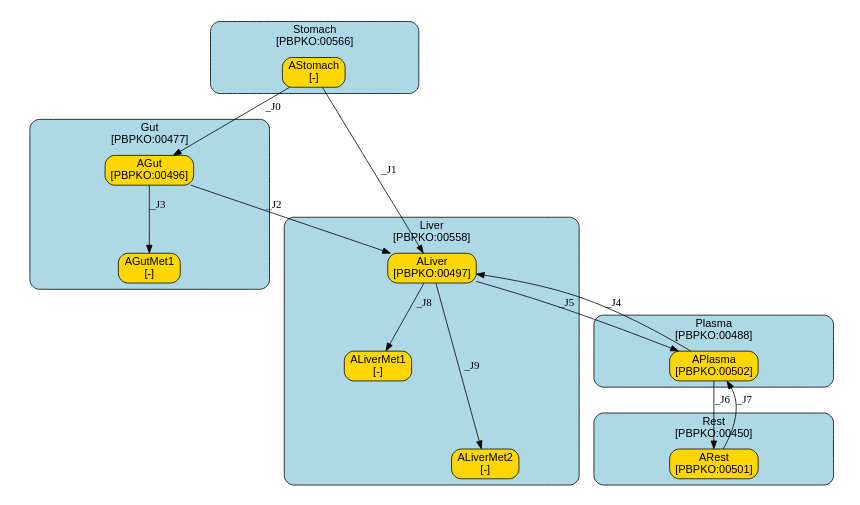
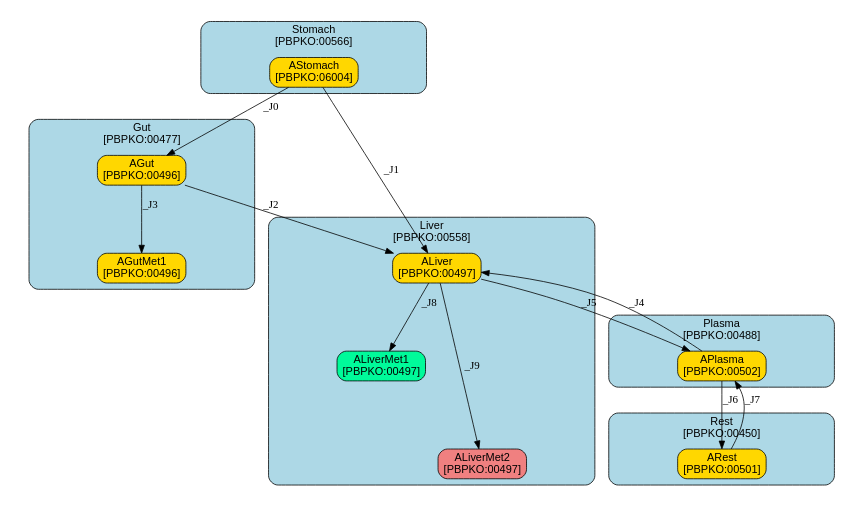
One commit to fair-pbk/exposure-route-pbk-models changed the diagram in models/oral/Bisphenols/Loizou/summary.dot. Above: the diagram before and after it, drawn with Graphviz. The commit also changed 151 other files, not shown here.

```diff
--- a/models/oral/Bisphenols/Loizou/summary.dot
+++ b/models/oral/Bisphenols/Loizou/summary.dot
@@ -1,130 +1,130 @@
 digraph {
 	graph [ratio=fill,
 		size="7,4"
 	];
 	node [fontname=Arial];
 	subgraph cluster_Stomach {
 		graph [color=black,
 			fillcolor=lightblue,
 			fontname=Arial,
 			href="#compartment-Stomach",
 			label="Stomach
 [PBPKO:00566]",
 			shape=box,
 			style="filled,rounded"
 		];
 		AStomach	[color=black,
 			fillcolor=gold,
 			href="#species-AStomach",
 			label="AStomach
-[-]",
+[PBPKO:06004]",
 			shape=box,
 			style="filled,rounded"];
 	}
 	subgraph cluster_Liver {
 		graph [color=black,
 			fillcolor=lightblue,
 			fontname=Arial,
 			href="#compartment-Liver",
 			label="Liver
 [PBPKO:00558]",
 			shape=box,
 			style="filled,rounded"
 		];
 		ALiver	[color=black,
 			fillcolor=gold,
 			href="#species-ALiver",
 			label="ALiver
 [PBPKO:00497]",
 			shape=box,
 			style="filled,rounded"];
 		ALiverMet1	[color=black,
-			fillcolor=gold,
+			fillcolor=mediumspringgreen,
 			href="#species-ALiverMet1",
 			label="ALiverMet1
-[-]",
+[PBPKO:00497]",
 			shape=box,
 			style="filled,rounded"];
 		ALiverMet2	[color=black,
-			fillcolor=gold,
+			fillcolor=lightcoral,
 			href="#species-ALiverMet2",
 			label="ALiverMet2
-[-]",
+[PBPKO:00497]",
 			shape=box,
 			style="filled,rounded"];
 	}
 	subgraph cluster_Plasma {
 		graph [color=black,
 			fillcolor=lightblue,
 			fontname=Arial,
 			href="#compartment-Plasma",
 			label="Plasma
 [PBPKO:00488]",
 			shape=box,
 			style="filled,rounded"
 		];
 		APlasma	[color=black,
 			fillcolor=gold,
 			href="#species-APlasma",
 			label="APlasma
 [PBPKO:00502]",
 			shape=box,
 			style="filled,rounded"];
 	}
 	subgraph cluster_Gut {
 		graph [color=black,
 			fillcolor=lightblue,
 			fontname=Arial,
 			href="#compartment-Gut",
 			label="Gut
 [PBPKO:00477]",
 			shape=box,
 			style="filled,rounded"
 		];
 		AGut	[color=black,
 			fillcolor=gold,
 			href="#species-AGut",
 			label="AGut
 [PBPKO:00496]",
 			shape=box,
 			style="filled,rounded"];
 		AGutMet1	[color=black,
 			fillcolor=gold,
 			href="#species-AGutMet1",
 			label="AGutMet1
-[-]",
+[PBPKO:00496]",
 			shape=box,
 			style="filled,rounded"];
 	}
 	subgraph cluster_Rest {
 		graph [color=black,
 			fillcolor=lightblue,
 			fontname=Arial,
 			href="#compartment-Rest",
 			label="Rest
 [PBPKO:00450]",
 			shape=box,
 			style="filled,rounded"
 		];
 		ARest	[color=black,
 			fillcolor=gold,
 			href="#species-ARest",
 			label="ARest
 [PBPKO:00501]",
 			shape=box,
 			style="filled,rounded"];
 	}
 	AStomach -> ALiver	[label=_J1];
 	AStomach -> AGut	[label=_J0];
 	ALiver -> ALiverMet1	[label=_J8,
 		minlen=1];
 	ALiver -> ALiverMet2	[label=_J9,
 		minlen=2];
 	ALiver -> APlasma	[label=_J5];
 	APlasma -> ALiver	[label=_J4];
 	APlasma -> ARest	[label=_J6];
 	AGut -> ALiver	[label=_J2];
 	AGut -> AGutMet1	[label=_J3,
 		minlen=1];
 	ARest -> APlasma	[label=_J7];
 }
```
